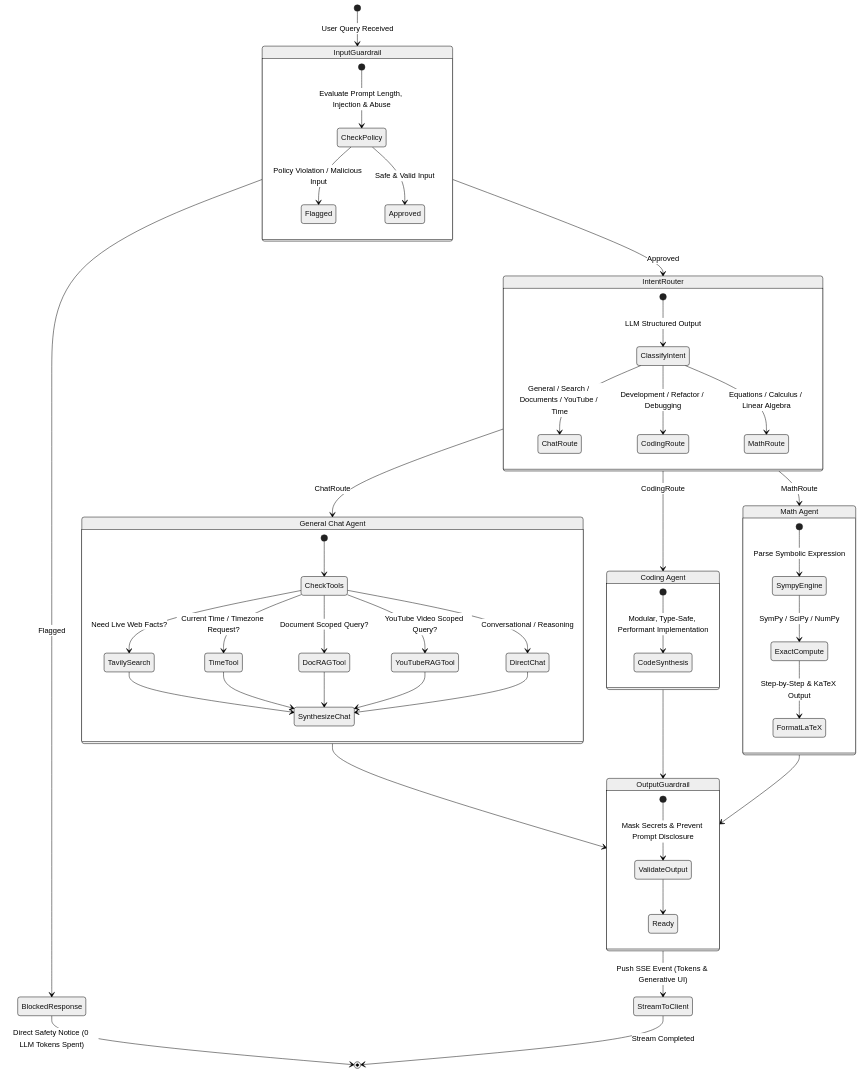
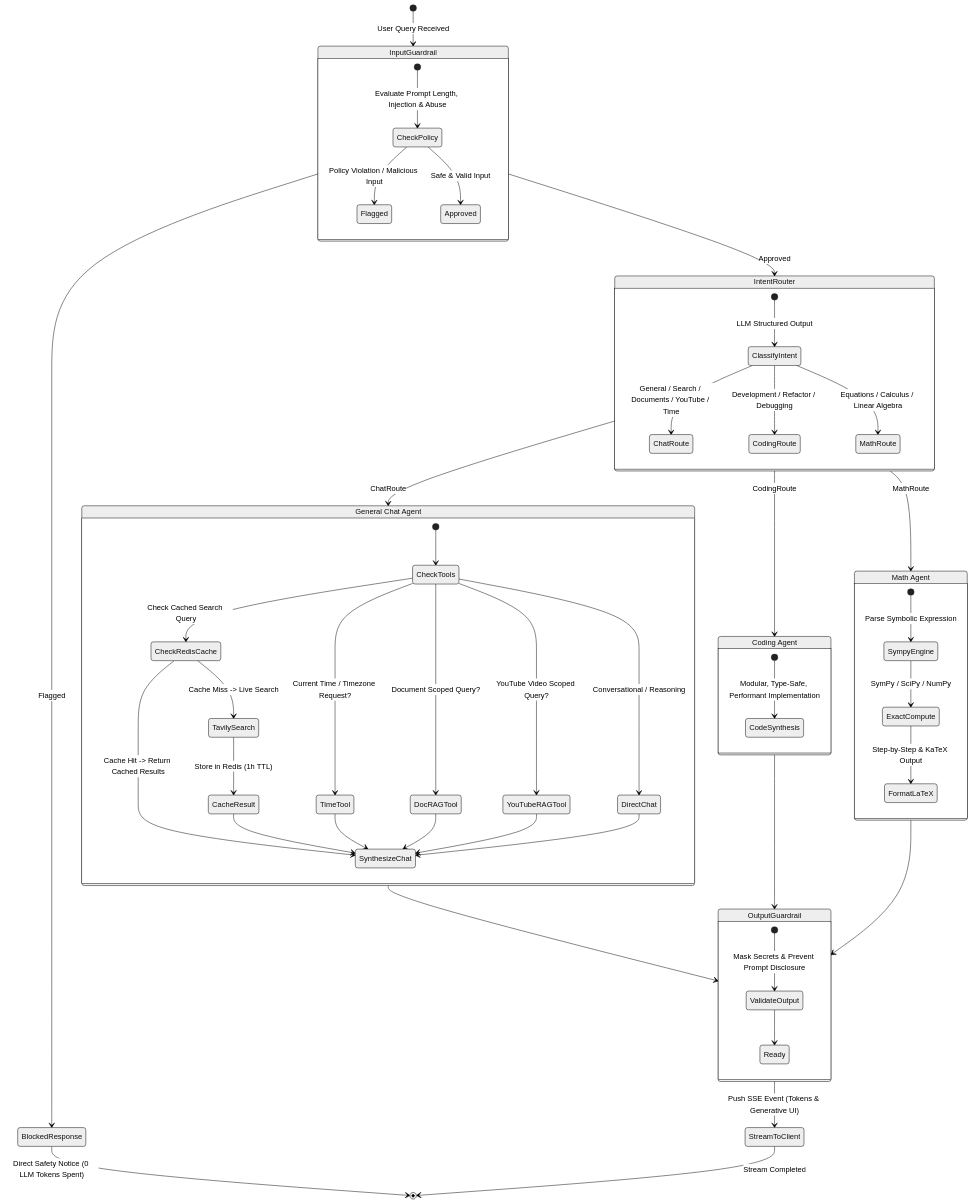
The second of 4 diagrams in README.md (Sandeep-singh-99/Nexora-AI), drawn with Mermaid (neutral theme) before and after one commit. The commit also changed other lines of this file, not shown here.

Commit message:
feat: enhance README with Redis integration details; add caching and rate limiting sections

````diff
--- a/README.md
+++ b/README.md
@@ -120,62 +147,65 @@
 ```mermaid
 stateDiagram-v2
     [*] --> InputGuardrail: User Query Received
 
     state InputGuardrail {
         [*] --> CheckPolicy: Evaluate Prompt Length, Injection & Abuse
         CheckPolicy --> Flagged: Policy Violation / Malicious Input
         CheckPolicy --> Approved: Safe & Valid Input
     }
 
     InputGuardrail --> BlockedResponse: Flagged
     BlockedResponse --> [*]: Direct Safety Notice (0 LLM Tokens Spent)
 
     InputGuardrail --> IntentRouter: Approved
 
     state IntentRouter {
         [*] --> ClassifyIntent: LLM Structured Output
         ClassifyIntent --> ChatRoute: General / Search / Documents / YouTube / Time
         ClassifyIntent --> CodingRoute: Development / Refactor / Debugging
         ClassifyIntent --> MathRoute: Equations / Calculus / Linear Algebra
     }
 
     state "General Chat Agent" as ChatAgentNode {
         [*] --> CheckTools
-        CheckTools --> TavilySearch: Need Live Web Facts?
+        CheckTools --> CheckRedisCache: Check Cached Search Query
+        CheckRedisCache --> TavilySearch: Cache Miss -> Live Search
+        CheckRedisCache --> SynthesizeChat: Cache Hit -> Return Cached Results
         CheckTools --> TimeTool: Current Time / Timezone Request?
         CheckTools --> DocRAGTool: Document Scoped Query?
         CheckTools --> YouTubeRAGTool: YouTube Video Scoped Query?
         CheckTools --> DirectChat: Conversational / Reasoning
-        TavilySearch --> SynthesizeChat
+        TavilySearch --> CacheResult: Store in Redis (1h TTL)
+        CacheResult --> SynthesizeChat
         TimeTool --> SynthesizeChat
         DocRAGTool --> SynthesizeChat
         YouTubeRAGTool --> SynthesizeChat
         DirectChat --> SynthesizeChat
     }
 
     state "Coding Agent" as CodingAgentNode {
         [*] --> CodeSynthesis: Modular, Type-Safe, Performant Implementation
     }
 
     state "Math Agent" as MathAgentNode {
         [*] --> SympyEngine: Parse Symbolic Expression
         SympyEngine --> ExactCompute: SymPy / SciPy / NumPy
         ExactCompute --> FormatLaTeX: Step-by-Step & KaTeX Output
     }
 
     IntentRouter --> ChatAgentNode: ChatRoute
     IntentRouter --> CodingAgentNode: CodingRoute
     IntentRouter --> MathAgentNode: MathRoute
 
     ChatAgentNode --> OutputGuardrail
     CodingAgentNode --> OutputGuardrail
     MathAgentNode --> OutputGuardrail
 
     state OutputGuardrail {
         [*] --> ValidateOutput: Mask Secrets & Prevent Prompt Disclosure
         ValidateOutput --> Ready
     }
 
     OutputGuardrail --> StreamToClient: Push SSE Event (Tokens & Generative UI)
     StreamToClient --> [*]: Stream Completed
 ```
````
